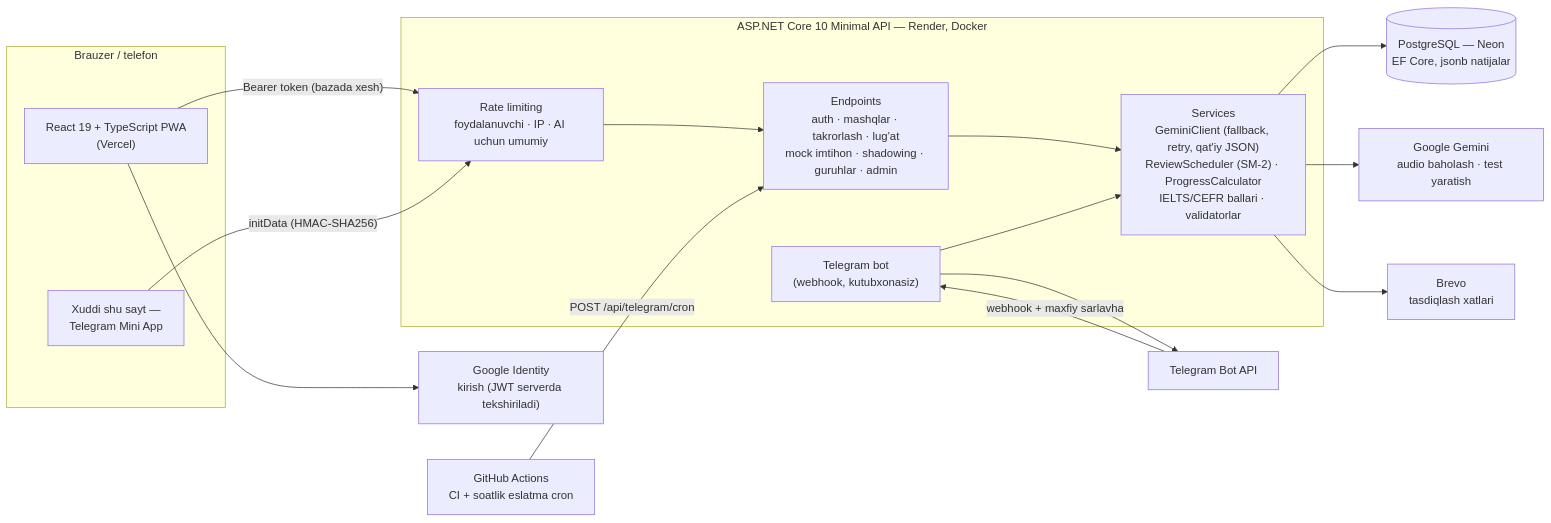
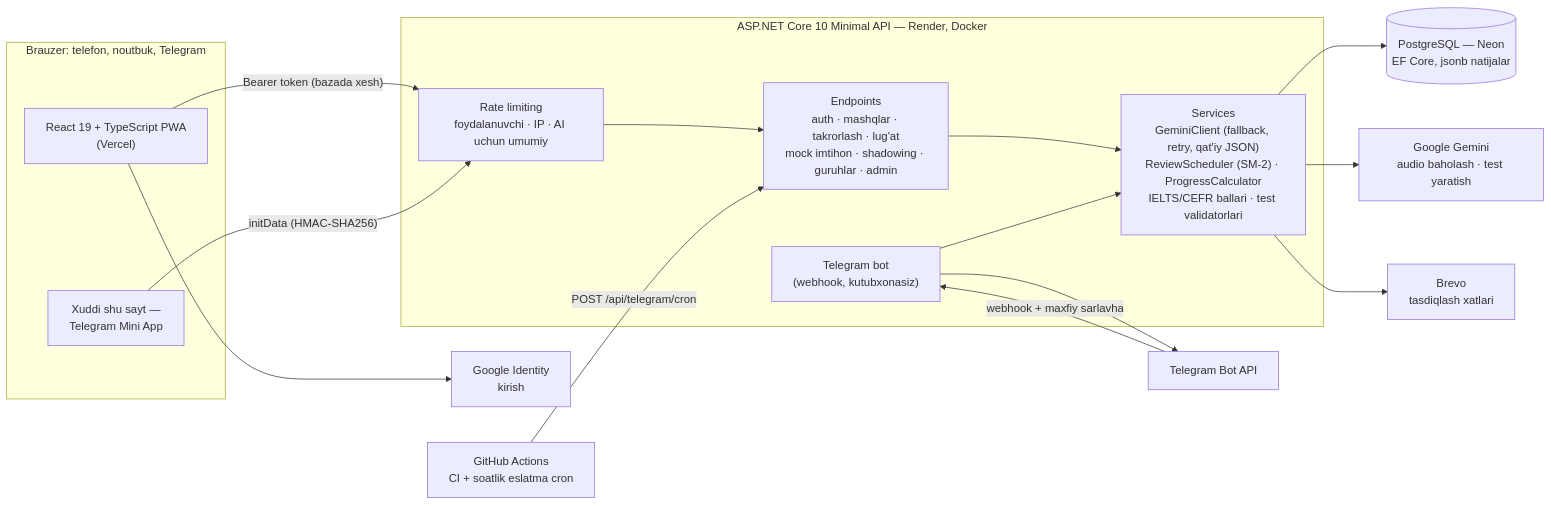
The diagram in README.uz.md (ElshodDev/speaking-coach), drawn with Mermaid before and after one commit. The commit also changed other lines of this file and 25 other files, not shown here.

````diff
--- a/README.uz.md
+++ b/README.uz.md
@@ -227,31 +62,31 @@
 ```mermaid
 flowchart LR
-    subgraph Client["Brauzer / telefon"]
+    subgraph Client["Brauzer: telefon, noutbuk, Telegram"]
         SPA["React 19 + TypeScript PWA<br/>(Vercel)"]
         MINI["Xuddi shu sayt —<br/>Telegram Mini App"]
     end
 
     subgraph API["ASP.NET Core 10 Minimal API — Render, Docker"]
+        RL["Rate limiting<br/>foydalanuvchi · IP · AI uchun umumiy"]
         EP["Endpoints<br/>auth · mashqlar · takrorlash · lug'at<br/>mock imtihon · shadowing · guruhlar · admin"]
-        SVC["Services<br/>GeminiClient (fallback, retry, qat'iy JSON)<br/>ReviewScheduler (SM-2) · ProgressCalculator<br/>IELTS/CEFR ballari · validatorlar"]
+        SVC["Services<br/>GeminiClient (fallback, retry, qat'iy JSON)<br/>ReviewScheduler (SM-2) · ProgressCalculator<br/>IELTS/CEFR ballari · test validatorlari"]
         BOT["Telegram bot<br/>(webhook, kutubxonasiz)"]
-        RL["Rate limiting<br/>foydalanuvchi · IP · AI uchun umumiy"]
     end
 
     DB[("PostgreSQL — Neon<br/>EF Core, jsonb natijalar")]
     GEM["Google Gemini<br/>audio baholash · test yaratish"]
     TG["Telegram Bot API"]
     BREVO["Brevo<br/>tasdiqlash xatlari"]
-    GOOGLE["Google Identity<br/>kirish (JWT serverda tekshiriladi)"]
+    GOOGLE["Google Identity<br/>kirish"]
     GH["GitHub Actions<br/>CI + soatlik eslatma cron"]
 
     SPA -- "Bearer token (bazada xesh)" --> RL --> EP
     MINI -- "initData (HMAC-SHA256)" --> RL
     EP --> SVC --> DB
     SVC --> GEM
     TG -- "webhook + maxfiy sarlavha" --> BOT --> SVC
     BOT --> TG
     SVC --> BREVO
     SPA --> GOOGLE
     GH -- "POST /api/telegram/cron" --> EP
 ```
````
